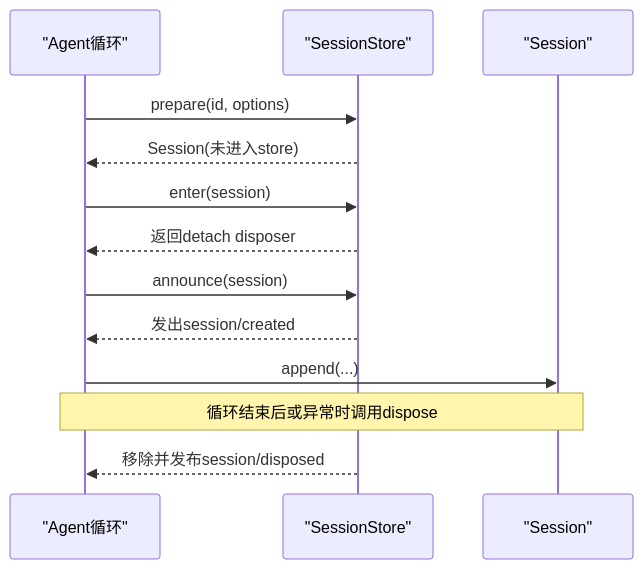
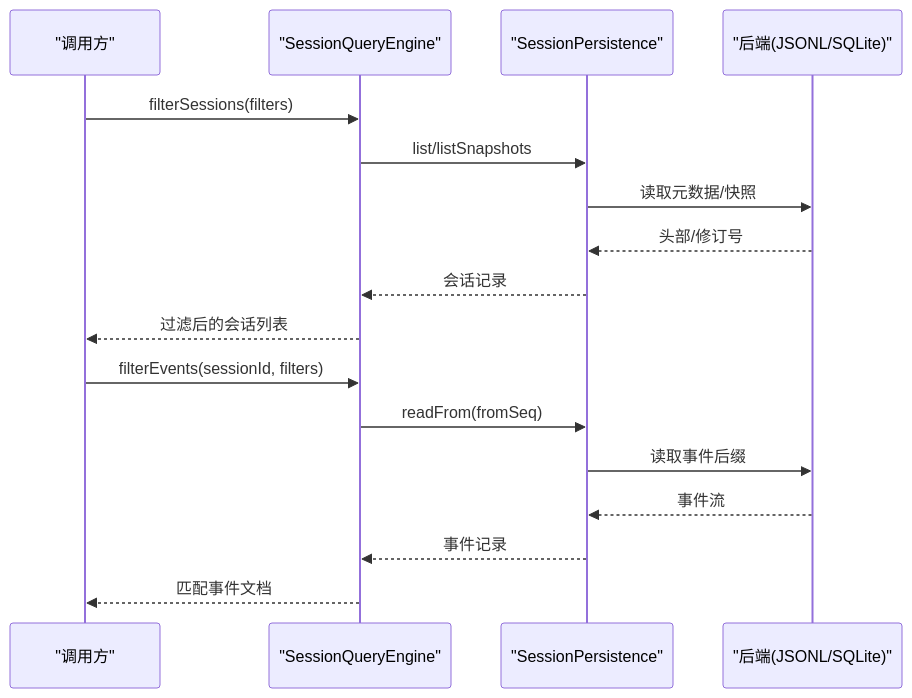
One commit to gongzili456/deepseek-harness changed the seventh of 8 diagrams in .qoder/repowiki/zh/content/核心概念/会话管理.md. Above: the diagram before and after it, drawn with Mermaid. The commit also changed other lines of this file and 1001 other files, not shown here.

````diff
--- a/.qoder/repowiki/zh/content/核心概念/会话管理.md
+++ b/.qoder/repowiki/zh/content/核心概念/会话管理.md
@@ -182,15 +268,19 @@
 ```mermaid
 sequenceDiagram
-participant L as "Agent循环"
-participant Store as "SessionStore"
-participant S as "Session"
-L->>Store : prepare(id, options)
-Store-->>L : Session(未进入store)
-L->>Store : enter(session)
-Store-->>L : 返回detach disposer
-L->>Store : announce(session)
-Store-->>L : 发出session/created
-L->>S : append(...)
-Note over L,S : 循环结束后或异常时调用dispose
-Store-->>L : 移除并发布session/disposed
+participant U as "调用方"
+participant Q as "SessionQueryEngine"
+participant P as "SessionPersistence"
+participant B as "后端(JSONL/SQLite)"
+U->>Q : filterSessions(filters)
+Q->>P : list/listSnapshots
+P->>B : 读取元数据/快照
+B-->>P : 头部/修订号
+P-->>Q : 会话记录
+Q-->>U : 过滤后的会话列表
+U->>Q : filterEvents(sessionId, filters)
+Q->>P : readFrom(fromSeq)
+P->>B : 读取事件后缀
+B-->>P : 事件流
+P-->>Q : 事件记录
+Q-->>U : 匹配事件文档
 ```
````
